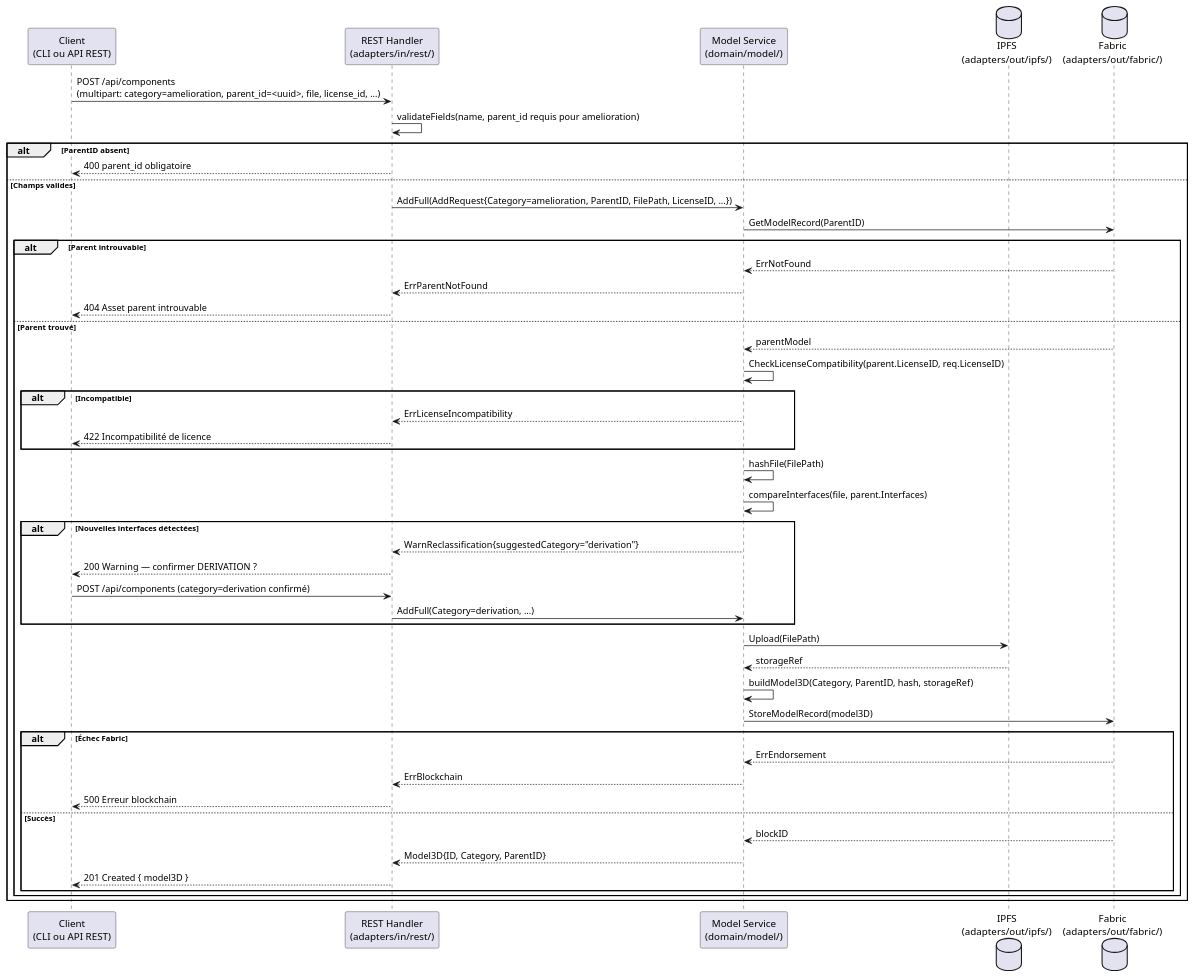
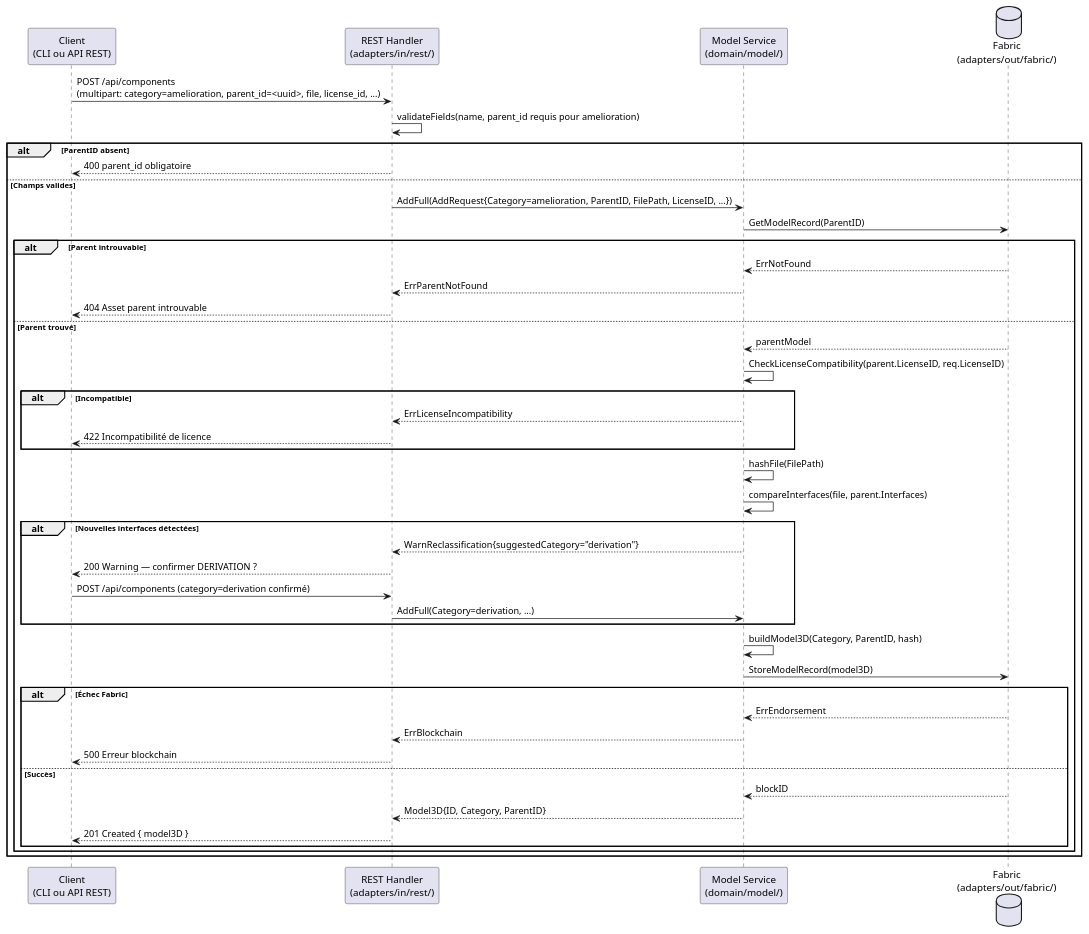
The second of 3 diagrams in specs/2-Analyse/UCCE-Composant_Ecriture/UCCE04.md (myr-forge/myr-core), drawn with PlantUML before and after one commit. The commit also changed other lines of this file and 23 other files, not shown here.

First line of the commit message:
refactor: remove IPFS storage and focus on 3D file traceability

````diff
--- a/specs/2-Analyse/UCCE-Composant_Ecriture/UCCE04.md
+++ b/specs/2-Analyse/UCCE-Composant_Ecriture/UCCE04.md
@@ -155,59 +155,56 @@
 ```plantuml
 @startuml
 participant "Client\n(CLI ou API REST)" as Browser
 participant "REST Handler\n(adapters/in/rest/)" as REST
 participant "Model Service\n(domain/model/)" as ModelSvc
-database "IPFS\n(adapters/out/ipfs/)" as IPFS
 database "Fabric\n(adapters/out/fabric/)" as Fabric
 
 Browser -> REST : POST /api/components\n(multipart: category=amelioration, parent_id=<uuid>, file, license_id, ...)
 REST -> REST : validateFields(name, parent_id requis pour amelioration)
 
 alt ParentID absent
     REST --> Browser : 400 parent_id obligatoire
 else Champs valides
     REST -> ModelSvc : AddFull(AddRequest{Category=amelioration, ParentID, FilePath, LicenseID, ...})
 
     ModelSvc -> Fabric : GetModelRecord(ParentID)
     alt Parent introuvable
         Fabric --> ModelSvc : ErrNotFound
         ModelSvc --> REST : ErrParentNotFound
         REST --> Browser : 404 Asset parent introuvable
     else Parent trouvé
         Fabric --> ModelSvc : parentModel
 
         ModelSvc -> ModelSvc : CheckLicenseCompatibility(parent.LicenseID, req.LicenseID)
         alt Incompatible
             ModelSvc --> REST : ErrLicenseIncompatibility
             REST --> Browser : 422 Incompatibilité de licence
         end
 
         ModelSvc -> ModelSvc : hashFile(FilePath)
         ModelSvc -> ModelSvc : compareInterfaces(file, parent.Interfaces)
 
         alt Nouvelles interfaces détectées
             ModelSvc --> REST : WarnReclassification{suggestedCategory="derivation"}
             REST --> Browser : 200 Warning — confirmer DERIVATION ?
             Browser -> REST : POST /api/components (category=derivation confirmé)
             REST -> ModelSvc : AddFull(Category=derivation, ...)
         end
 
-        ModelSvc -> IPFS : Upload(FilePath)
-        IPFS --> ModelSvc : storageRef
-        ModelSvc -> ModelSvc : buildModel3D(Category, ParentID, hash, storageRef)
+        ModelSvc -> ModelSvc : buildModel3D(Category, ParentID, hash)
         ModelSvc -> Fabric : StoreModelRecord(model3D)
 
         alt Échec Fabric
             Fabric --> ModelSvc : ErrEndorsement
             ModelSvc --> REST : ErrBlockchain
             REST --> Browser : 500 Erreur blockchain
         else Succès
             Fabric --> ModelSvc : blockID
             ModelSvc --> REST : Model3D{ID, Category, ParentID}
             REST --> Browser : 201 Created { model3D }
         end
     end
 end
 
 @enduml
 ```
````
